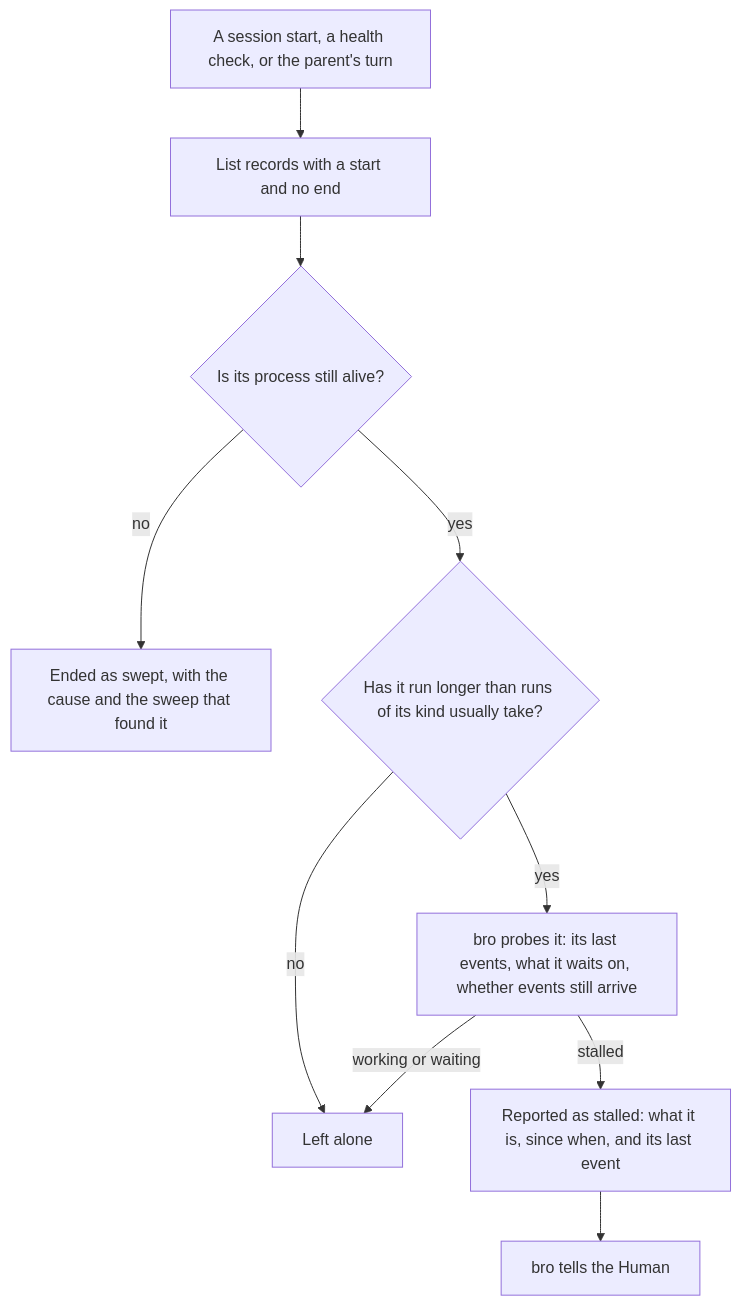
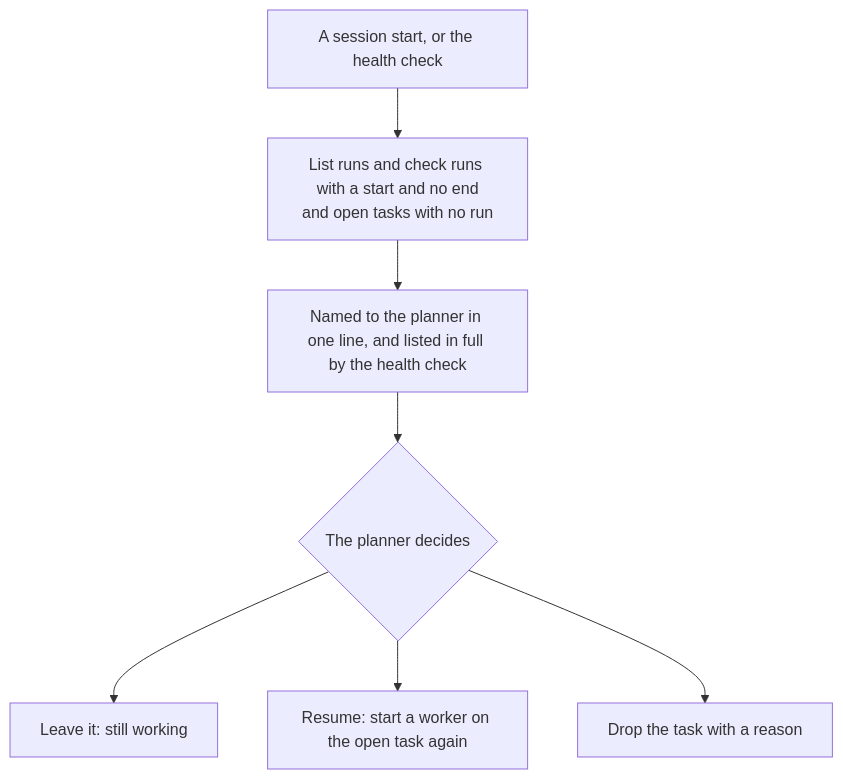
One commit to trustmybot/tmb changed the seventh of 7 diagrams in docs/architecture/TRAJECTORY.md. Above: the diagram before and after it, drawn with Mermaid. The commit also changed other lines of this file and 38 other files, not shown here.

````diff
--- a/docs/architecture/TRAJECTORY.md
+++ b/docs/architecture/TRAJECTORY.md
@@ -102,12 +140,9 @@
 ```mermaid
 flowchart TD
-    A[A session start, a health check, or the parent's turn] --> B[List records with a start and no end]
-    B --> E{Is its process still alive?}
-    E -- no --> G[Ended as swept, with the cause and the sweep that found it]
-    E -- yes --> C{Has it run longer than runs of its kind usually take?}
-    C -- no --> D[Left alone]
-    C -- yes --> P[bro probes it: its last events, what it waits on, whether events still arrive]
-    P -- working or waiting --> D
-    P -- stalled --> F[Reported as stalled: what it is, since when, and its last event]
-    F --> H[bro tells the Human]
+    A["A session start, or the health check"] --> B["List runs and check runs with a start and no end<br/>and open tasks with no run"]
+    B --> C["Named to the planner in one line, and listed in full by the health check"]
+    C --> D{The planner decides}
+    D --> E["Leave it: still working"]
+    D --> F["Resume: start a worker on the open task again"]
+    D --> G[Drop the task with a reason]
 ```
````
